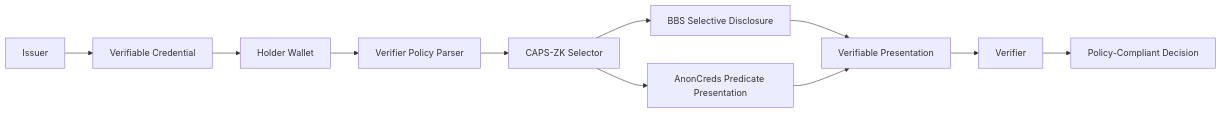
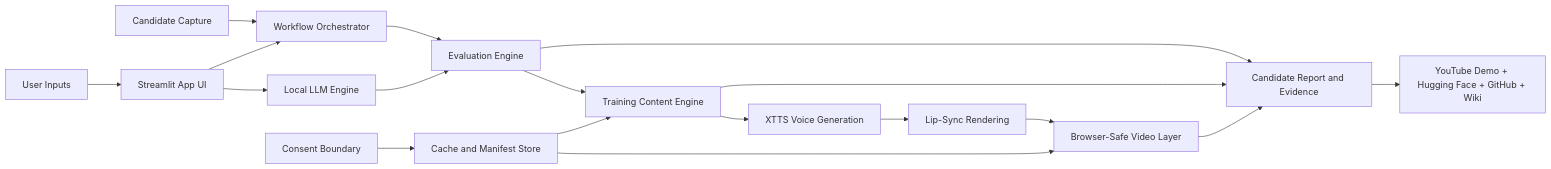
One commit to dranubhaparashar/projects changed the first of 2 diagrams in src/content/posts/ASHU Mentor AI Studio/ashu-mentor-ai-studio.md. Above: the diagram before and after it, drawn with Mermaid. The commit also changed other lines of this file, not shown here.

````diff
--- a/src/content/posts/ASHU Mentor AI Studio/ashu-mentor-ai-studio.md
+++ b/src/content/posts/ASHU Mentor AI Studio/ashu-mentor-ai-studio.md
@@ -116,17 +136,24 @@
 ```mermaid
 flowchart LR
-    I[Issuer] --> C[Verifiable Credential]
-    C --> W[Holder Wallet]
+    U[User Inputs] --> UI[Streamlit App UI]
+    CAP[Candidate Capture] --> ORCH[Workflow Orchestrator]
+    CONSENT[Consent Boundary] --> STORE[Cache and Manifest Store]
 
-    W --> P[Verifier Policy Parser]
-    P --> S[CAPS-ZK Selector]
+    UI --> ORCH
+    UI --> LLM[Local LLM Engine]
+    ORCH --> EVAL[Evaluation Engine]
+    LLM --> EVAL
+    EVAL --> TRAIN[Training Content Engine]
 
-    S --> BBS[BBS Selective Disclosure]
-    S --> AC[AnonCreds Predicate Presentation]
+    TRAIN --> VOICE[XTTS Voice Generation]
+    VOICE --> LIP[Lip-Sync Rendering]
+    LIP --> VIDEO[Browser-Safe Video Layer]
 
-    BBS --> VP[Verifiable Presentation]
-    AC --> VP
+    STORE --> TRAIN
+    STORE --> VIDEO
 
-    VP --> V[Verifier]
-    V --> R[Policy-Compliant Decision]
+    EVAL --> OUT[Candidate Report and Evidence]
+    TRAIN --> OUT
+    VIDEO --> OUT
+    OUT --> DEPLOY[YouTube Demo + Hugging Face + GitHub + Wiki]
 ```
````
